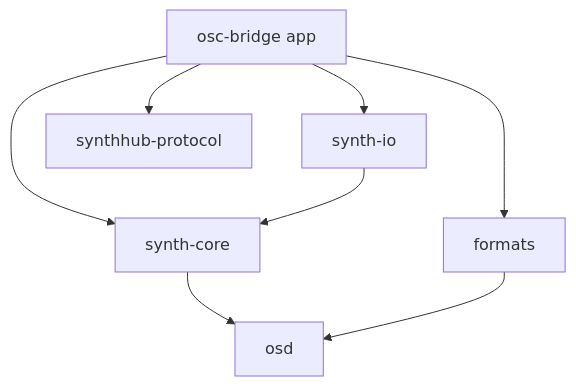
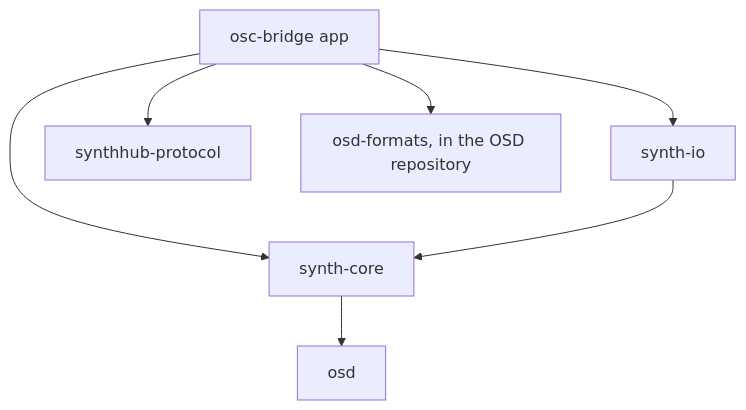
Before and after one commit to roomi-fields/osc-bridge: the second of 3 diagrams in docs/ARCHITECTURE.md, drawn with Mermaid. The commit also changed other lines of this file and 3 other files, not shown here.

First line of the commit message:
docs: translating to other formats moves to the OSD repository

````diff
--- a/docs/ARCHITECTURE.md
+++ b/docs/ARCHITECTURE.md
@@ -36,7 +36,7 @@
 ```mermaid
 flowchart TB
-  app[osc-bridge app] --> core[synth-core] & io[synth-io] & fmt[formats] & proto[synthhub-protocol]
+  app[osc-bridge app] --> core[synth-core] & io[synth-io] & proto[synthhub-protocol]
   io --> core
   core --> osd[osd]
-  fmt --> osd
+  app --> fmt[osd-formats, in the OSD repository]
 ```
````
